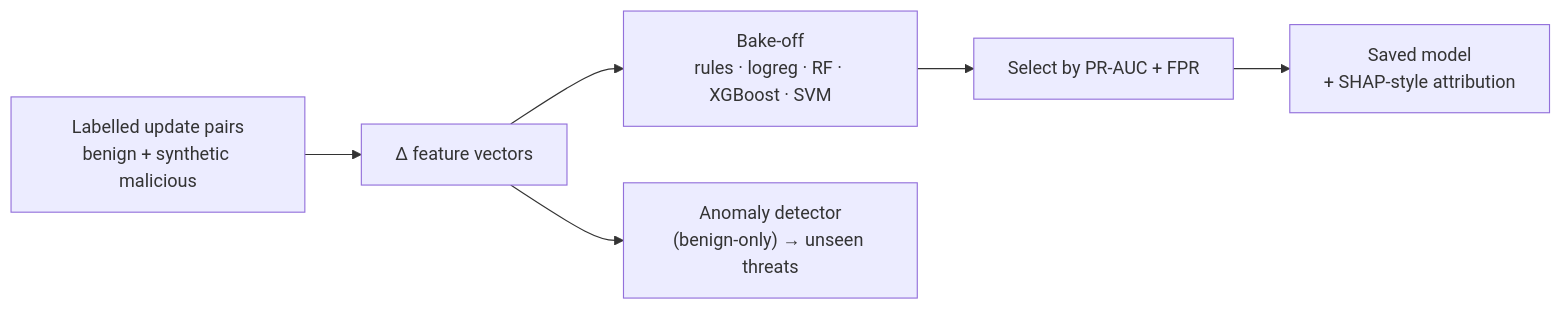
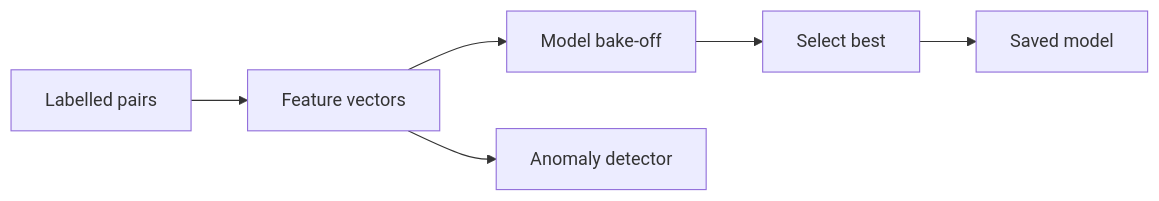
The second of 2 diagrams in README.md (bindpratapsingh/extdrift), drawn with Mermaid before and after one commit. The commit also changed other lines of this file, not shown here.

First line of the commit message:
Fix README Mermaid diagrams clipping on GitHub

````diff
--- a/README.md
+++ b/README.md
@@ -100,8 +105,8 @@
 ```mermaid
 flowchart LR
-    P["Labelled update pairs<br/>benign + synthetic malicious"] --> V["Δ feature vectors"]
-    V --> BO["Bake-off<br/>rules · logreg · RF · XGBoost · SVM"]
-    BO --> S["Select by PR-AUC + FPR"]
-    S --> M["Saved model<br/>+ SHAP-style attribution"]
-    V --> AN["Anomaly detector<br/>(benign-only) → unseen threats"]
+    P["Labelled pairs"] --> V["Feature vectors"]
+    V --> BO["Model bake-off"]
+    BO --> SEL["Select best"]
+    SEL --> MOD["Saved model"]
+    V --> AN["Anomaly detector"]
 ```
````
